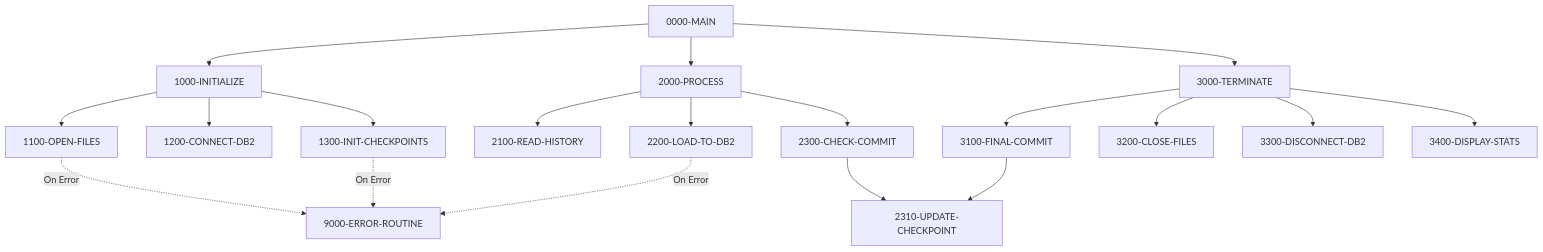
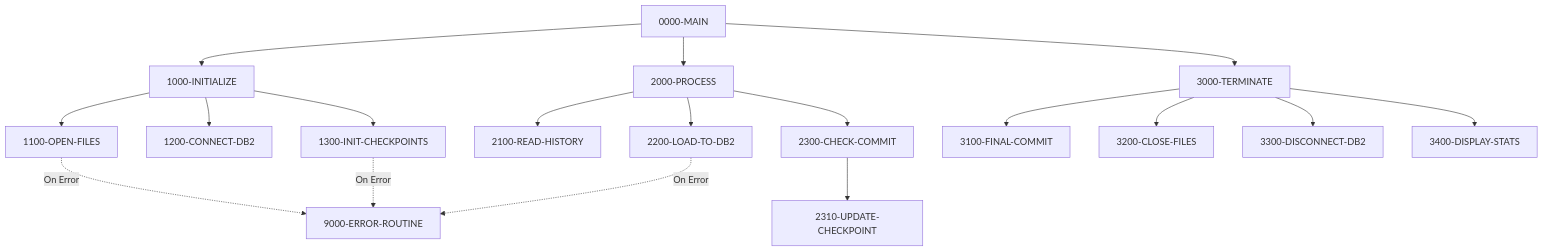
One commit to haladir-com/legacy-benchmark-docs-vb70e1 changed the diagram in docs/programs/HISTLD00.mdx. Above: the diagram before and after it, drawn with Mermaid. The commit also changed other lines of this file and 63 other files, not shown here.

````diff
--- a/docs/programs/HISTLD00.mdx
+++ b/docs/programs/HISTLD00.mdx
@@ -16,25 +21,24 @@
 ```mermaid
 graph TD
     A[0000-MAIN] --> B[1000-INITIALIZE]
     A --> C[2000-PROCESS]
     A --> D[3000-TERMINATE]
     
     B --> B1[1100-OPEN-FILES]
     B --> B2[1200-CONNECT-DB2]
     B --> B3[1300-INIT-CHECKPOINTS]
     
     C --> C1[2100-READ-HISTORY]
     C --> C2[2200-LOAD-TO-DB2]
     C --> C3[2300-CHECK-COMMIT]
     C3 --> C4[2310-UPDATE-CHECKPOINT]
     
     D --> D1[3100-FINAL-COMMIT]
-    D1 --> C4
     D --> D2[3200-CLOSE-FILES]
     D --> D3[3300-DISCONNECT-DB2]
     D --> D4[3400-DISPLAY-STATS]
     
     C2 -.->|On Error| E[9000-ERROR-ROUTINE]
     B1 -.->|On Error| E
     B3 -.->|On Error| E
 ```
````
